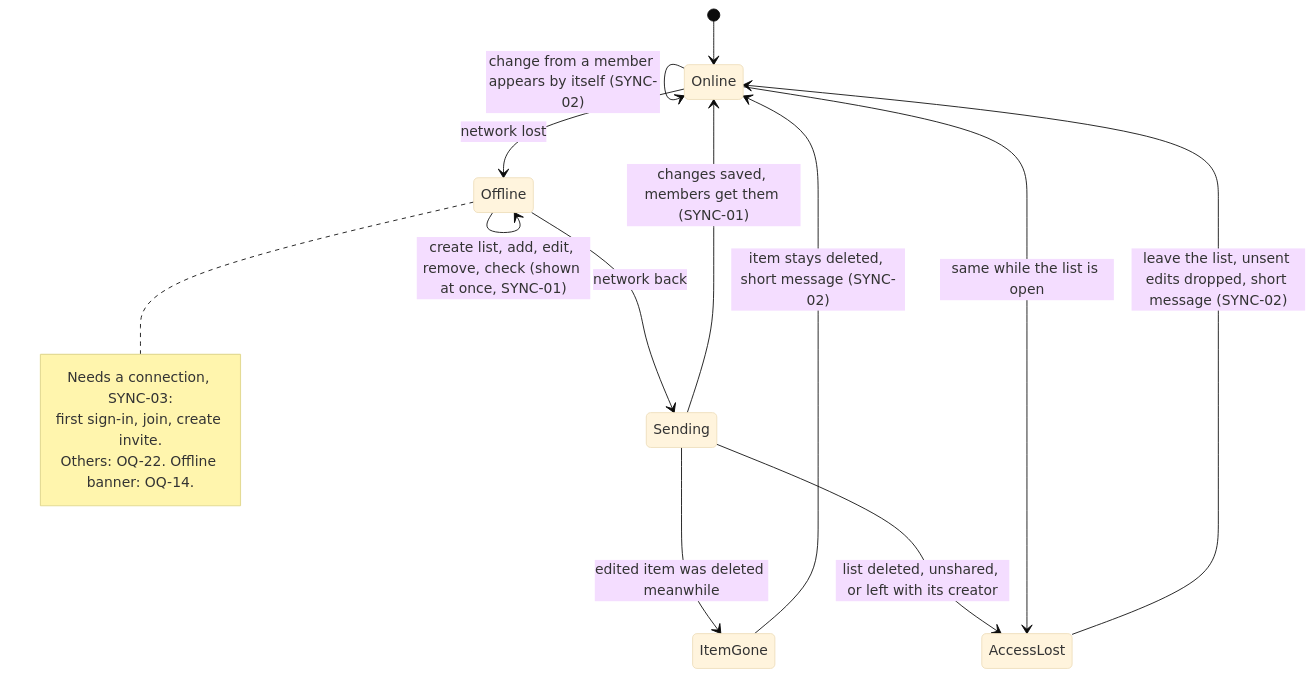
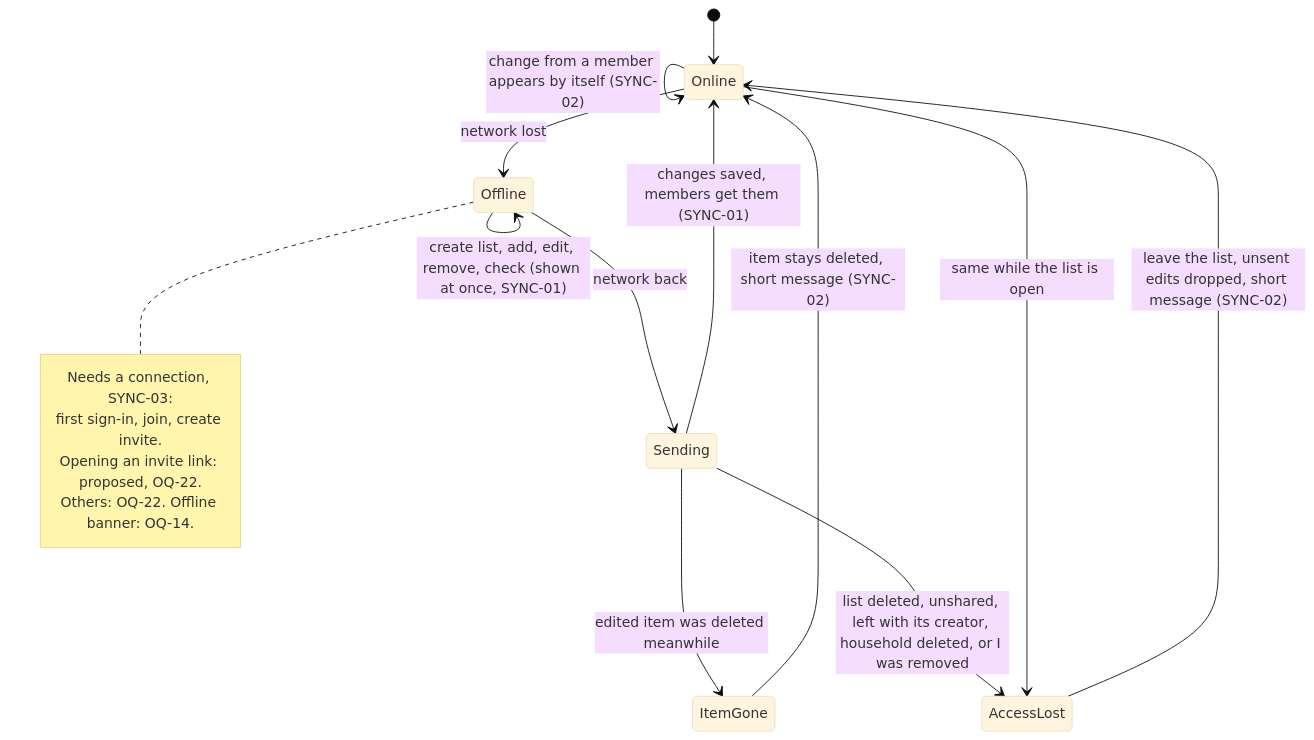
The seventh of 10 diagrams in docs/product/flow.md (bondo/listicles2), drawn with Mermaid (base theme) before and after one commit. The commit also changed other lines of this file, not shown here.

````diff
--- a/docs/product/flow.md
+++ b/docs/product/flow.md
@@ -175,19 +186,20 @@
 ```mermaid
 stateDiagram-v2
     [*] --> Online
     Online --> Offline: network lost
     Offline --> Offline: create list, add, edit, remove, check (shown at once, SYNC-01)
     Offline --> Sending: network back
     Sending --> Online: changes saved, members get them (SYNC-01)
     Online --> Online: change from a member appears by itself (SYNC-02)
     Sending --> ItemGone: edited item was deleted meanwhile
     ItemGone --> Online: item stays deleted, short message (SYNC-02)
-    Sending --> AccessLost: list deleted, unshared, or left with its creator
+    Sending --> AccessLost: list deleted, unshared, left with its creator, household deleted, or I was removed
     Online --> AccessLost: same while the list is open
     AccessLost --> Online: leave the list, unsent edits dropped, short message (SYNC-02)
     note right of Offline
         Needs a connection, SYNC-03:
         first sign-in, join, create invite.
+        Opening an invite link: proposed, OQ-22.
         Others: OQ-22. Offline banner: OQ-14.
     end note
 ```
````
